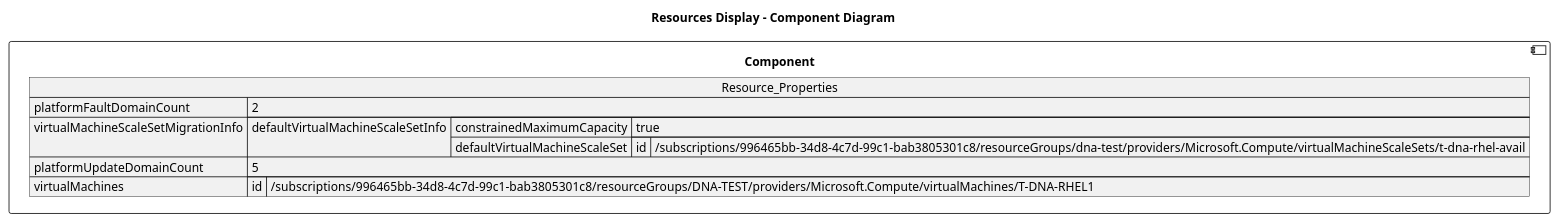
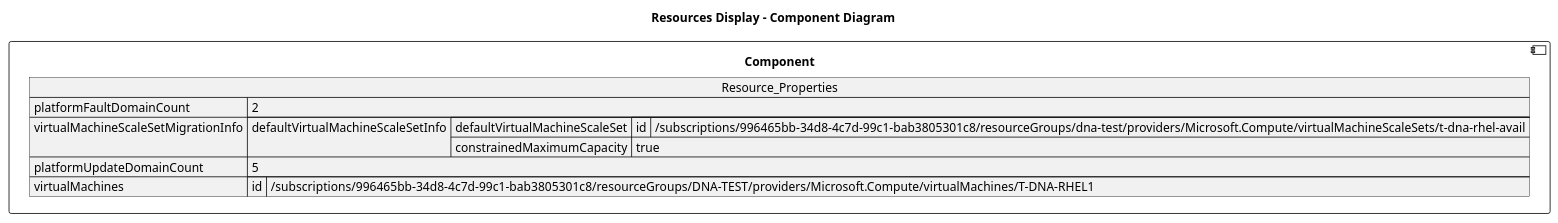
One commit to DanielAmpong/Test-Azure-architecture-diagram changed the diagram in architectureDesign/PUML/dna-test_Resources/t_dna_rhel_avail.puml. Above: the diagram before and after it, drawn with PlantUML. The commit also changed 305 other files, not shown here.

```diff
--- a/architectureDesign/PUML/dna-test_Resources/t_dna_rhel_avail.puml
+++ b/architectureDesign/PUML/dna-test_Resources/t_dna_rhel_avail.puml
@@ -1,25 +1,25 @@
 @startuml
 
 title Resources Display - Component Diagram
 
 component Component {
 
 json  Resource_Properties {
   "platformFaultDomainCount": 2,
   "virtualMachineScaleSetMigrationInfo": {
     "defaultVirtualMachineScaleSetInfo": {
-      "constrainedMaximumCapacity": true,
       "defaultVirtualMachineScaleSet": {
         "id": "/subscriptions/996465bb-34d8-4c7d-99c1-bab3805301c8/resourceGroups/dna-test/providers/Microsoft.Compute/virtualMachineScaleSets/t-dna-rhel-avail"
-      }
+      },
+      "constrainedMaximumCapacity": true
     }
   },
   "platformUpdateDomainCount": 5,
   "virtualMachines": [
     {
       "id": "/subscriptions/996465bb-34d8-4c7d-99c1-bab3805301c8/resourceGroups/DNA-TEST/providers/Microsoft.Compute/virtualMachines/T-DNA-RHEL1"
     }
   ]
 }
 }
 @enduml
```
